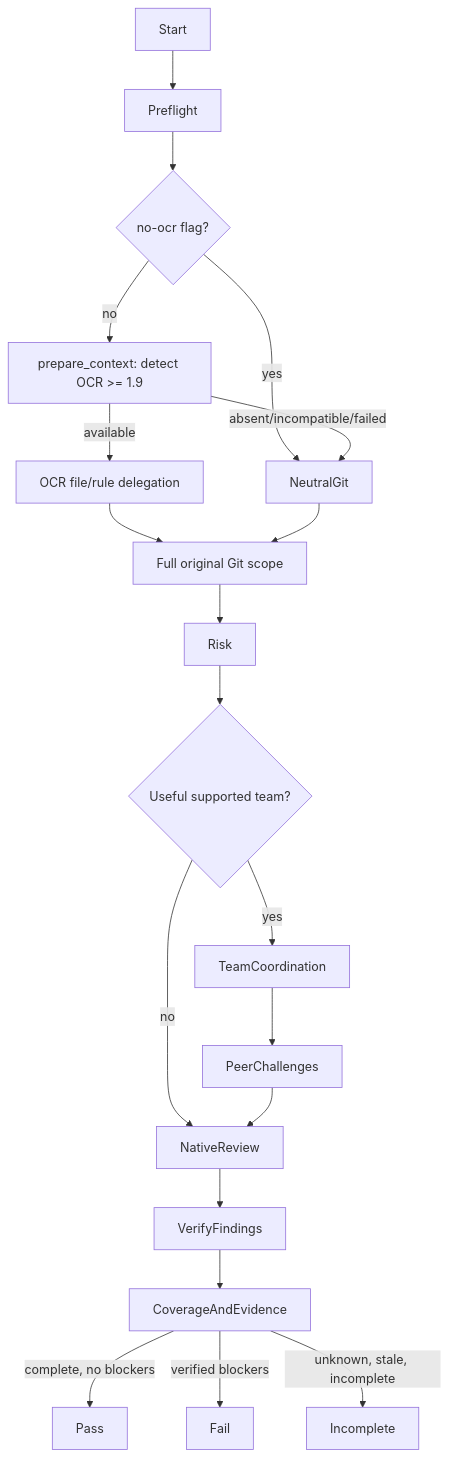
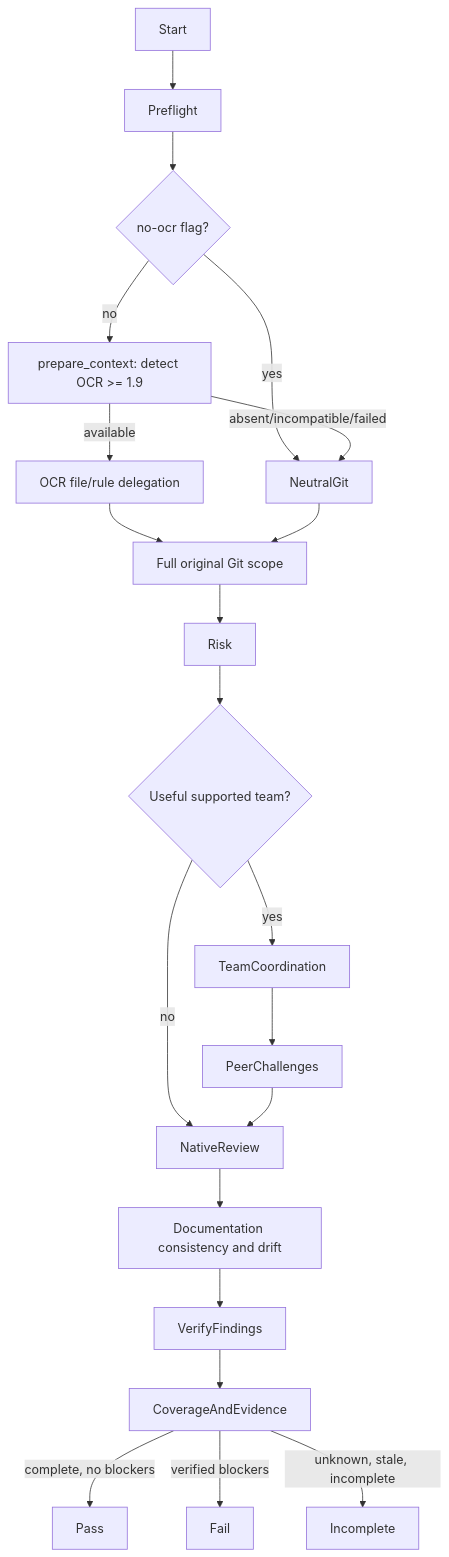
The diagram in contexts/review/skills/review-change/skill.md (JadsonLucena/agent-toolkit), drawn with Mermaid before and after one commit. The commit also changed other lines of this file and 10 other files, not shown here.

Commit message:
feat(review): assess documentation consistency and drift

````diff
--- a/contexts/review/skills/review-change/skill.md
+++ b/contexts/review/skills/review-change/skill.md
@@ -24,22 +24,23 @@
 ```mermaid
 flowchart TD
     Start --> Preflight
     Preflight --> SkipOCR{no-ocr flag?}
     SkipOCR -->|yes| NeutralGit
     SkipOCR -->|no| OCRFirst[prepare_context: detect OCR >= 1.9]
     OCRFirst -->|available| OCRRules[OCR file/rule delegation]
     OCRFirst -->|absent/incompatible/failed| NeutralGit
     OCRRules --> Scope[Full original Git scope]
     NeutralGit --> Scope
     Scope --> Risk
     Risk --> Mode{Useful supported team?}
     Mode -->|yes| TeamCoordination
     Mode -->|no| NativeReview
     TeamCoordination --> PeerChallenges
     PeerChallenges --> NativeReview
-    NativeReview --> VerifyFindings
+    NativeReview --> DocumentationAssessment[Documentation consistency and drift]
+    DocumentationAssessment --> VerifyFindings
     VerifyFindings --> CoverageAndEvidence
     CoverageAndEvidence -->|complete, no blockers| Pass
     CoverageAndEvidence -->|verified blockers| Fail
     CoverageAndEvidence -->|unknown, stale, incomplete| Incomplete
 ```
````
